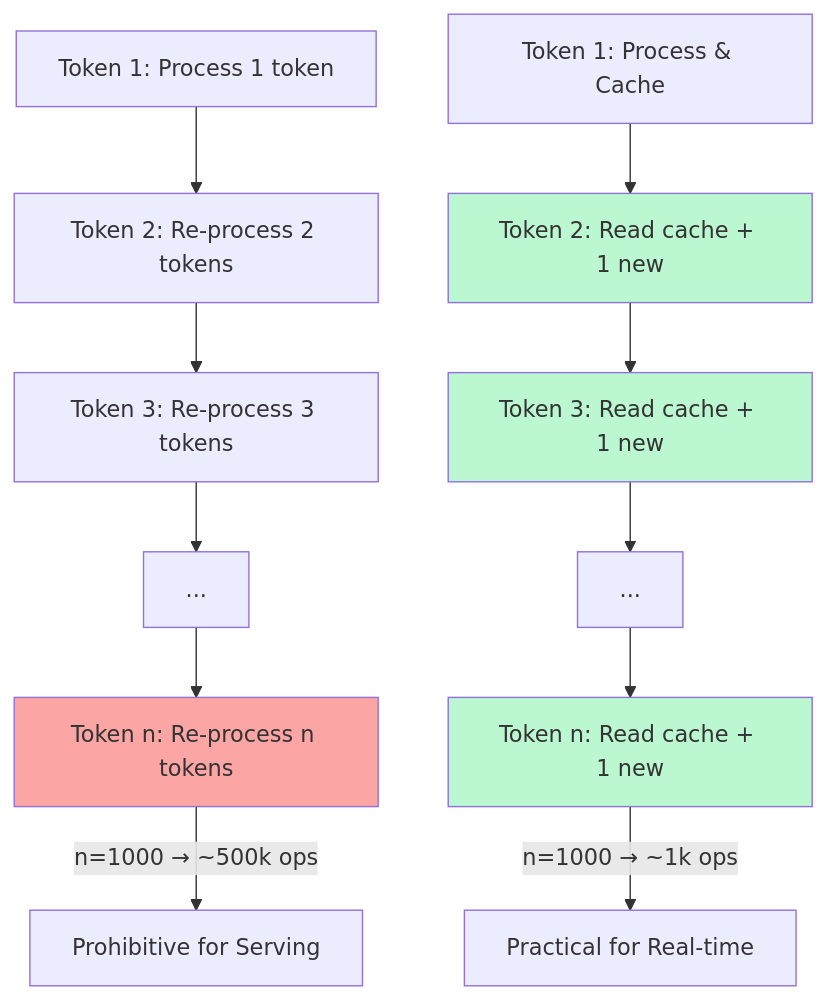
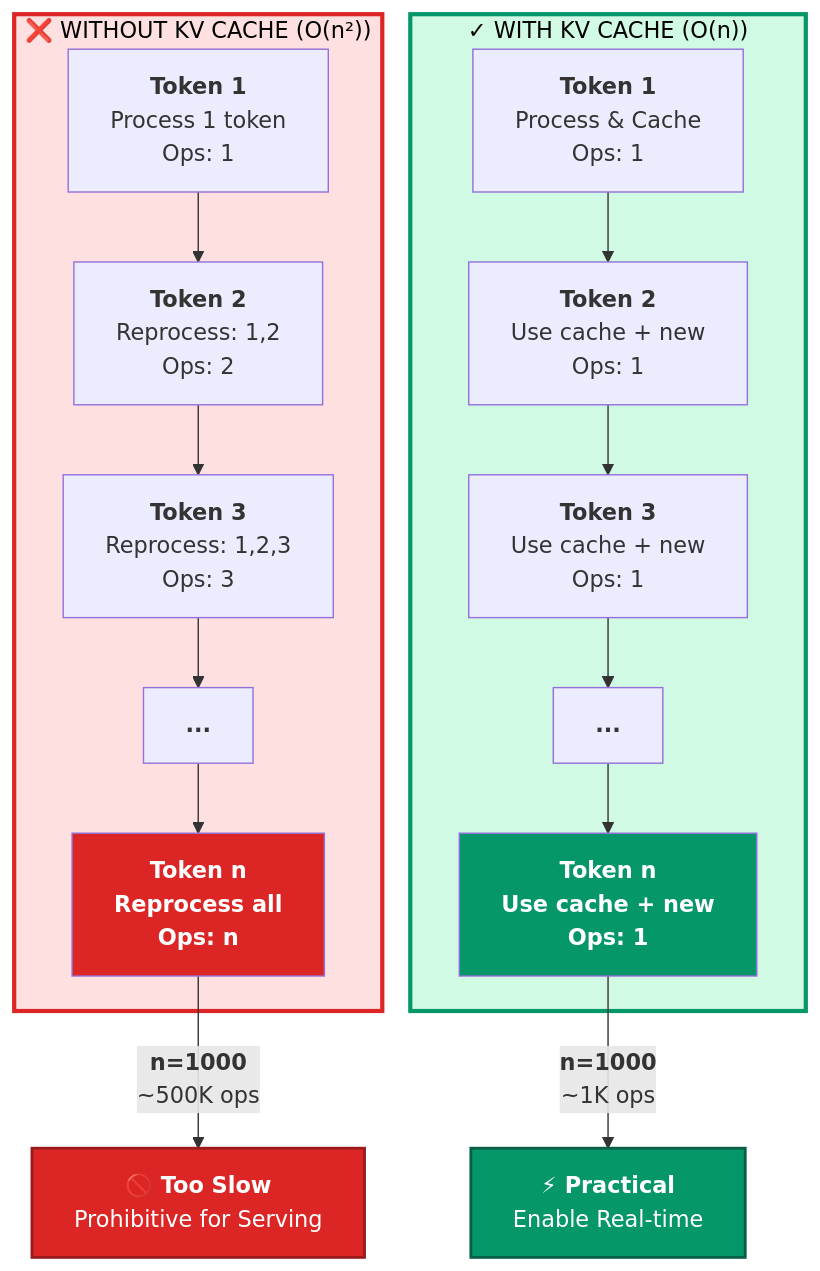
Before and after one commit to Shahriarin2garden/vllm_from_scratch: the first of 9 diagrams in lab0.3/README.md, drawn with Mermaid. The commit also changed other lines of this file, not shown here.

Commit message:
Enhance Lab 0.3 README with detailed mermaid diagrams for KV cache operations, improving clarity and visual representation of memory management concepts.

````diff
--- a/lab0.3/README.md
+++ b/lab0.3/README.md
@@ -77,20 +77,26 @@
 ```mermaid
 graph TD
-    NC1[Token 1: Process 1 token] --> NC2[Token 2: Re-process 2 tokens]
-    NC2 --> NC3[Token 3: Re-process 3 tokens]
-    NC3 --> NC4[...]
-    NC4 --> NC5[Token n: Re-process n tokens]
+    subgraph NO["❌ WITHOUT KV CACHE (O(n²))"]
+        NC1["<b>Token 1</b><br/>Process 1 token<br/>Ops: 1"] --> NC2["<b>Token 2</b><br/>Reprocess: 1,2<br/>Ops: 2"]
+        NC2 --> NC3["<b>Token 3</b><br/>Reprocess: 1,2,3<br/>Ops: 3"]
+        NC3 --> NC4["<b>...</b>"]
+        NC4 --> NC5["<b>Token n</b><br/>Reprocess all<br/>Ops: n"]
+    end
     
-    WC1[Token 1: Process & Cache] --> WC2[Token 2: Read cache + 1 new]
-    WC2 --> WC3[Token 3: Read cache + 1 new]
-    WC3 --> WC4[...]
-    WC4 --> WC5[Token n: Read cache + 1 new]
+    subgraph YES["✓ WITH KV CACHE (O(n))"]
+        WC1["<b>Token 1</b><br/>Process & Cache<br/>Ops: 1"] --> WC2["<b>Token 2</b><br/>Use cache + new<br/>Ops: 1"]
+        WC2 --> WC3["<b>Token 3</b><br/>Use cache + new<br/>Ops: 1"]
+        WC3 --> WC4["<b>...</b>"]
+        WC4 --> WC5["<b>Token n</b><br/>Use cache + new<br/>Ops: 1"]
+    end
     
-    NC5 -->|n=1000 → ~500k ops| Result1[Prohibitive for Serving]
-    WC5 -->|n=1000 → ~1k ops| Result2[Practical for Real-time]
+    NC5 -->|"<b>n=1000</b><br/>~500K ops"| Result1["<b style='color:white'>🚫 Too Slow</b><br/>Prohibitive for Serving"]
+    WC5 -->|"<b>n=1000</b><br/>~1K ops"| Result2["<b style='color:white'>⚡ Practical</b><br/>Enable Real-time"]
     
-    style NC5 fill:#fca5a5
-    style WC2 fill:#bbf7d0
-    style WC3 fill:#bbf7d0
-    style WC5 fill:#bbf7d0
+    style NO fill:#ffe0e0,stroke:#dc2626,stroke-width:3px,color:#000
+    style YES fill:#d1fae5,stroke:#059669,stroke-width:3px,color:#000
+    style NC5 fill:#dc2626,color:#fff,font-weight:bold
+    style WC5 fill:#059669,color:#fff,font-weight:bold
+    style Result1 fill:#dc2626,color:#fff,stroke:#991b1b,stroke-width:2px
+    style Result2 fill:#059669,color:#fff,stroke:#065f46,stroke-width:2px
 ```
````
